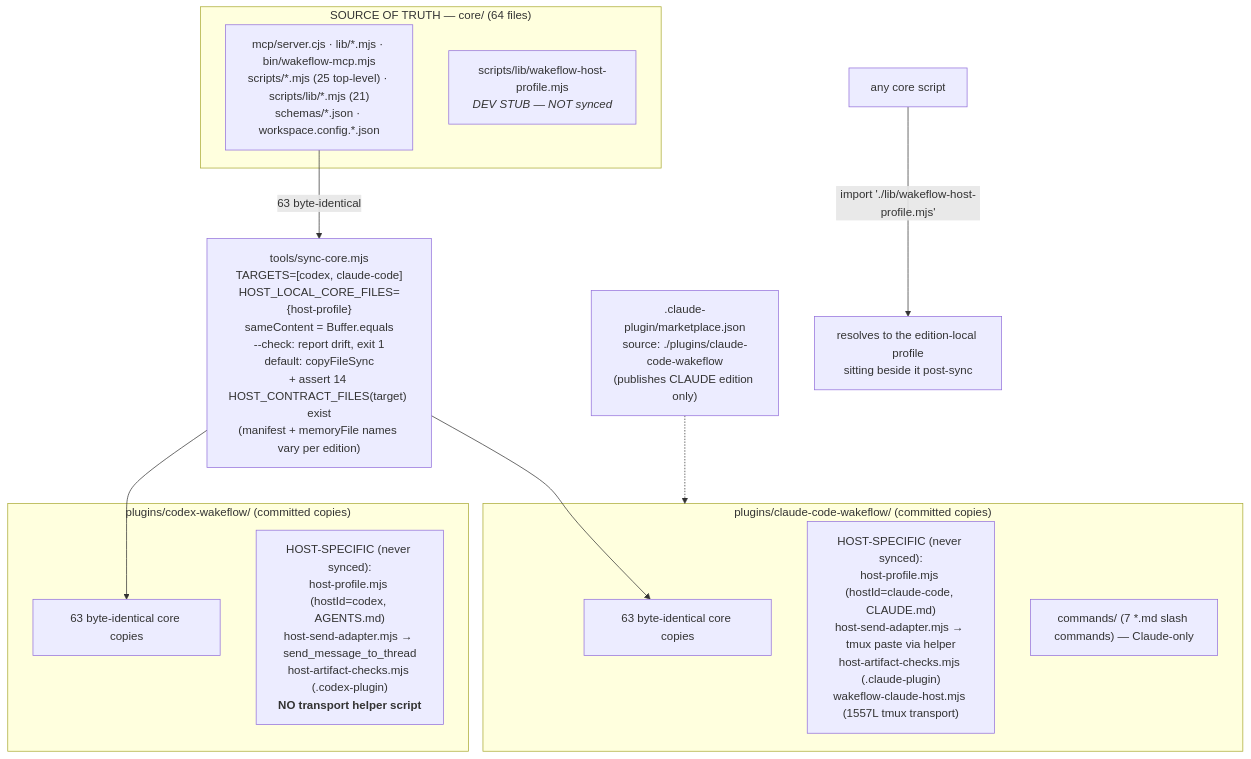
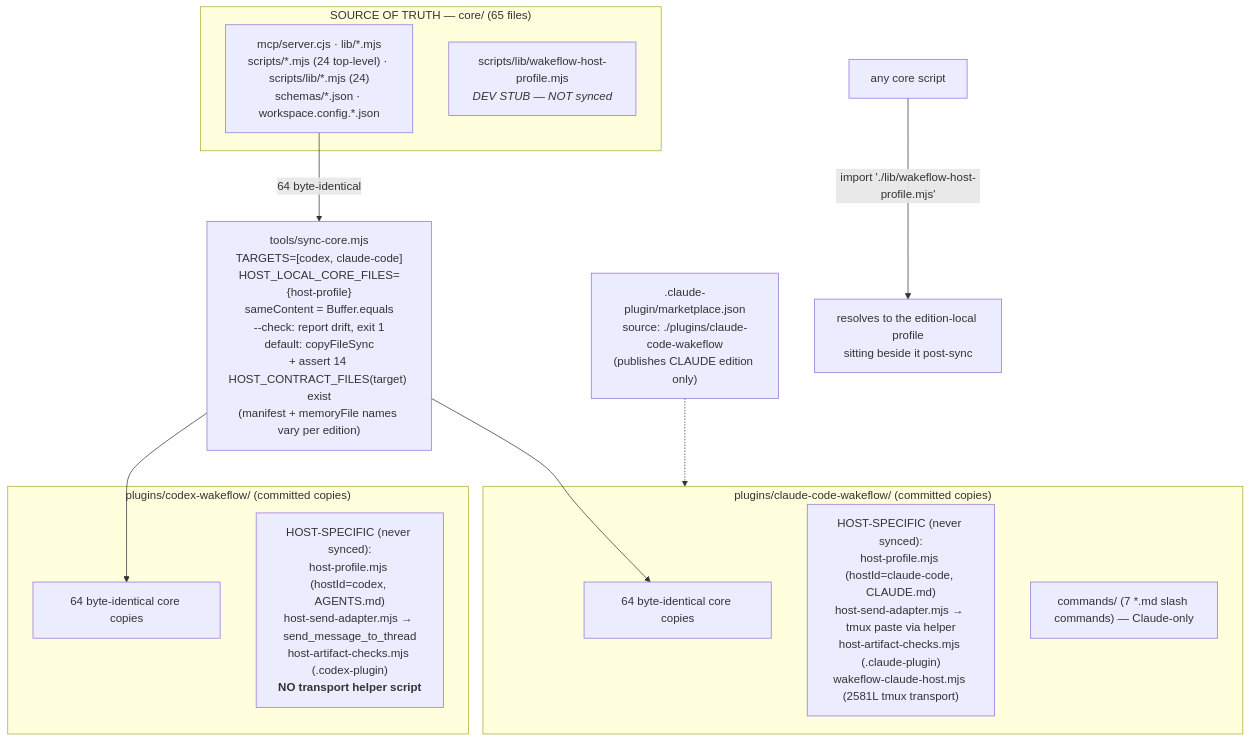
Before and after one commit to GxFn/Wakeflow: the first of 11 diagrams in docs/wakeflow-dual-edition-architecture-and-state-flow.zh-CN.md, drawn with Mermaid. The commit also changed other lines of this file and 5 other files, not shown here.

````diff
--- a/docs/wakeflow-dual-edition-architecture-and-state-flow.zh-CN.md
+++ b/docs/wakeflow-dual-edition-architecture-and-state-flow.zh-CN.md
@@ -42,30 +48,30 @@
 ```mermaid
 flowchart TB
-  subgraph SRC["SOURCE OF TRUTH — core/ (64 files)"]
-    CORE["mcp/server.cjs · lib/*.mjs · bin/wakeflow-mcp.mjs<br/>scripts/*.mjs (25 top-level) · scripts/lib/*.mjs (21)<br/>schemas/*.json · workspace.config.*.json"]
+  subgraph SRC["SOURCE OF TRUTH — core/ (65 files)"]
+    CORE["mcp/server.cjs · lib/*.mjs<br/>scripts/*.mjs (24 top-level) · scripts/lib/*.mjs (24)<br/>schemas/*.json · workspace.config.*.json"]
     DEVSTUB["scripts/lib/wakeflow-host-profile.mjs<br/><i>DEV STUB — NOT synced</i>"]
   end
 
   SYNC["tools/sync-core.mjs<br/>TARGETS=[codex, claude-code]<br/>HOST_LOCAL_CORE_FILES={host-profile}<br/>sameContent = Buffer.equals<br/>--check: report drift, exit 1<br/>default: copyFileSync<br/>+ assert 14 HOST_CONTRACT_FILES(target) exist<br/>(manifest + memoryFile names vary per edition)"]
 
-  CORE -->|"63 byte-identical"| SYNC
+  CORE -->|"64 byte-identical"| SYNC
 
   subgraph CODEX["plugins/codex-wakeflow/ (committed copies)"]
-    CXSHARED["63 byte-identical core copies"]
+    CXSHARED["64 byte-identical core copies"]
     CXHOST["HOST-SPECIFIC (never synced):<br/>host-profile.mjs (hostId=codex, AGENTS.md)<br/>host-send-adapter.mjs → send_message_to_thread<br/>host-artifact-checks.mjs (.codex-plugin)<br/><b>NO transport helper script</b>"]
   end
 
   subgraph CLAUDE["plugins/claude-code-wakeflow/ (committed copies)"]
-    CLSHARED["63 byte-identical core copies"]
-    CLHOST["HOST-SPECIFIC (never synced):<br/>host-profile.mjs (hostId=claude-code, CLAUDE.md)<br/>host-send-adapter.mjs → tmux paste via helper<br/>host-artifact-checks.mjs (.claude-plugin)<br/>wakeflow-claude-host.mjs (1557L tmux transport)"]
+    CLSHARED["64 byte-identical core copies"]
+    CLHOST["HOST-SPECIFIC (never synced):<br/>host-profile.mjs (hostId=claude-code, CLAUDE.md)<br/>host-send-adapter.mjs → tmux paste via helper<br/>host-artifact-checks.mjs (.claude-plugin)<br/>wakeflow-claude-host.mjs (2581L tmux transport)"]
     CLCMD["commands/ (7 *.md slash commands) — Claude-only"]
   end
 
   SYNC --> CXSHARED
   SYNC --> CLSHARED
 
   MKT[".claude-plugin/marketplace.json<br/>source: ./plugins/claude-code-wakeflow<br/>(publishes CLAUDE edition only)"]
   MKT -.-> CLAUDE
 
   CORESCRIPT["any core script"] -->|"import './lib/wakeflow-host-profile.mjs'"| RESOLVE["resolves to the edition-local profile<br/>sitting beside it post-sync"]
 ```
````
